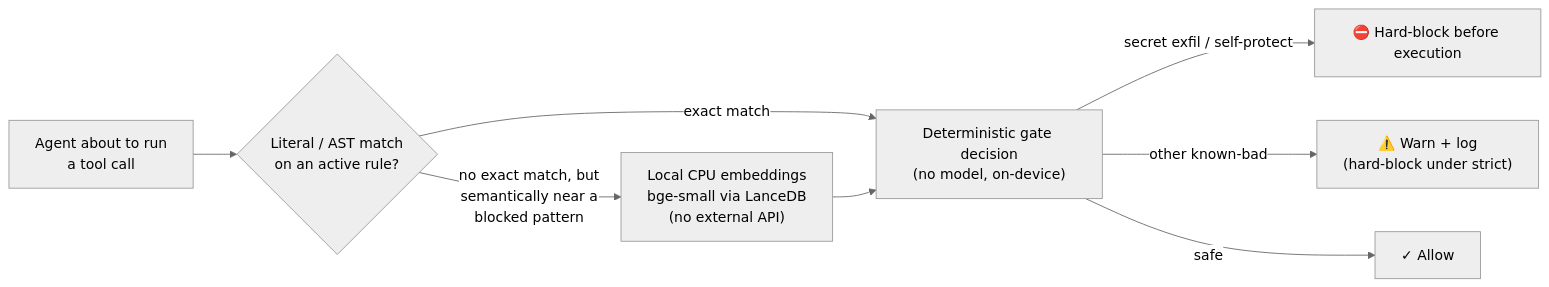
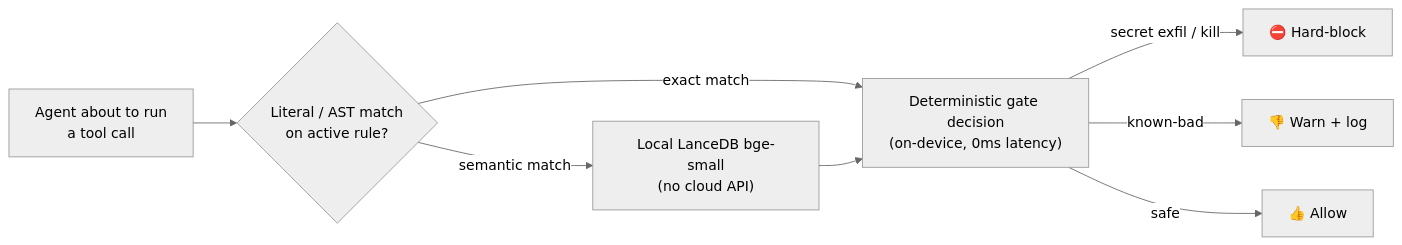
One commit to IgorGanapolsky/ThumbGate changed the diagram in README.md. Above: the diagram before and after it, drawn with Mermaid (neutral theme). The commit also changed other lines of this file and 1 other file, not shown here.

````diff
--- a/README.md
+++ b/README.md
@@ -283,10 +228,10 @@
 ```mermaid
 flowchart LR
-    A["Agent about to run<br/>a tool call"] --> B{"Literal / AST match<br/>on an active rule?"}
-    B -- "exact match" --> D["Deterministic gate decision<br/>(no model, on-device)"]
-    B -- "no exact match, but<br/>semantically near a<br/>blocked pattern" --> C["Local CPU embeddings<br/>bge-small via LanceDB<br/>(no external API)"]
+    A["Agent about to run<br/>a tool call"] --> B{"Literal / AST match<br/>on active rule?"}
+    B -- "exact match" --> D["Deterministic gate decision<br/>(on-device, 0ms latency)"]
+    B -- "semantic match" --> C["Local LanceDB bge-small<br/>(no cloud API)"]
     C --> D
-    D -- "secret exfil / self-protect" --> E["⛔ Hard-block before execution"]
-    D -- "other known-bad" --> G["⚠️ Warn + log<br/>(hard-block under strict)"]
-    D -- "safe" --> F["✓ Allow"]
+    D -- "secret exfil / kill" --> E["⛔ Hard-block"]
+    D -- "known-bad" --> G["👎 Warn + log"]
+    D -- "safe" --> F["👍 Allow"]
 ```
````
